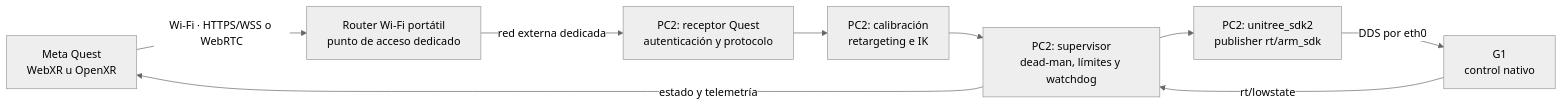
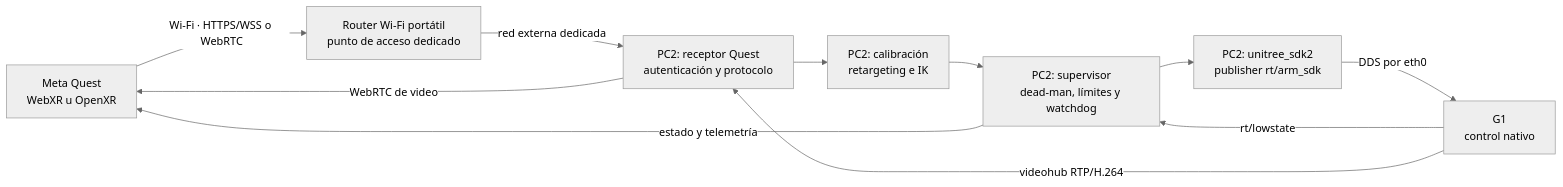
The first of 2 diagrams in docs/ARCHITECTURE.md (alvarotala/unitree-g1-quest-remote), drawn with Mermaid (neutral theme) before and after one commit. The commit also changed other lines of this file and 24 other files, not shown here.

````diff
--- a/docs/ARCHITECTURE.md
+++ b/docs/ARCHITECTURE.md
@@ -22,19 +22,21 @@
 ```mermaid
 flowchart LR
     Q["Meta Quest<br/>WebXR u OpenXR"]
     AP["Router Wi-Fi portátil<br/>punto de acceso dedicado"]
     RX["PC2: receptor Quest<br/>autenticación y protocolo"]
     IK["PC2: calibración<br/>retargeting e IK"]
     SAFE["PC2: supervisor<br/>dead-man, límites y watchdog"]
     SDK["PC2: unitree_sdk2<br/>publisher rt/arm_sdk"]
     G1["G1<br/>control nativo"]
 
     Q -->|"Wi-Fi · HTTPS/WSS o WebRTC"| AP
     AP -->|"red externa dedicada"| RX
     RX --> IK
     IK --> SAFE
     SAFE --> SDK
     SDK -->|"DDS por eth0"| G1
     G1 -->|"rt/lowstate"| SAFE
     SAFE -->|"estado y telemetría"| Q
+    G1 -->|"videohub RTP/H.264"| RX
+    RX -->|"WebRTC de video"| Q
 ```
````
